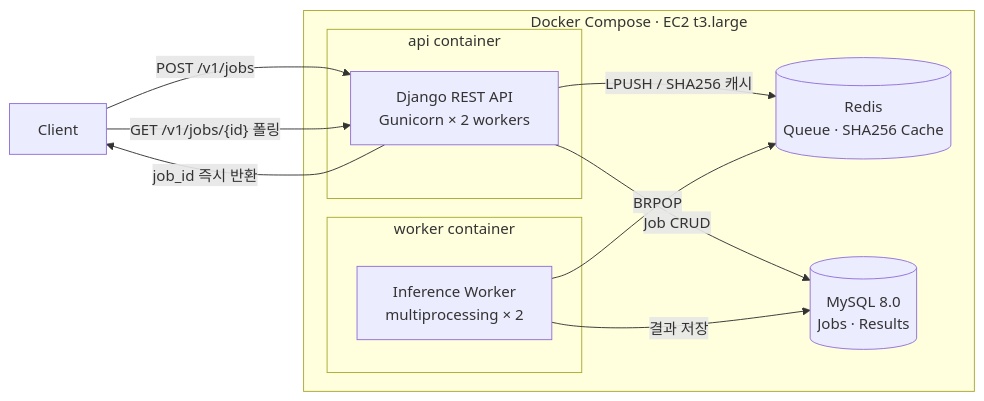
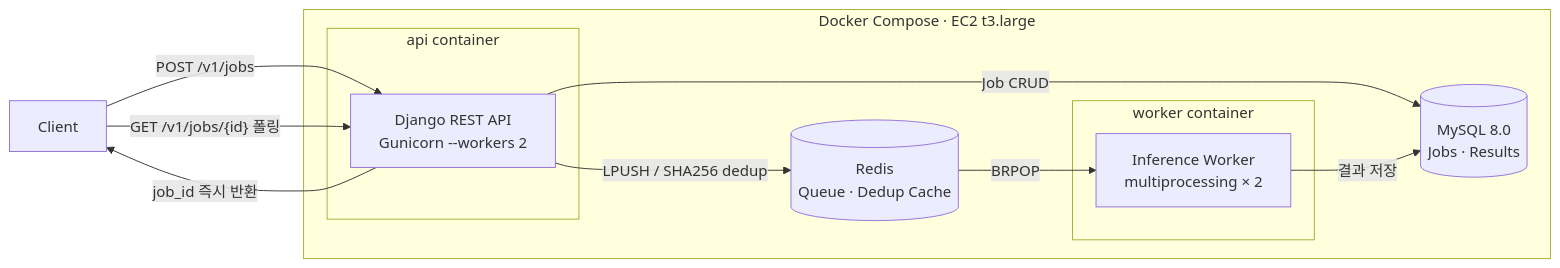
The first of 2 diagrams in README.md (xxjiinn/medical-inference-platform), drawn with Mermaid before and after one commit. The commit also changed other lines of this file, not shown here.

Commit message:
:bulb: Update Architecture

````diff
--- a/README.md
+++ b/README.md
@@ -22,25 +23,25 @@
 ```mermaid
 graph LR
     C[Client]
 
     subgraph docker["Docker Compose  ·  EC2 t3.large"]
         subgraph api_box["api container"]
-            API["Django REST API\nGunicorn × 2 workers"]
+            API["Django REST API<br/>Gunicorn --workers 2"]
         end
 
         subgraph worker_box["worker container"]
-            W["Inference Worker\nmultiprocessing × 2"]
+            W["Inference Worker<br/>multiprocessing × 2"]
         end
 
-        R[("Redis\nQueue  ·  SHA256 Cache")]
-        DB[("MySQL 8.0\nJobs  ·  Results")]
+        R[("Redis<br/>Queue · Dedup Cache")]
+        DB[("MySQL 8.0<br/>Jobs · Results")]
     end
 
     C -- "POST /v1/jobs" --> API
     API -- "job_id 즉시 반환" --> C
-    API -- "LPUSH / SHA256 캐시" --> R
-    W -- "BRPOP" --> R
+    API -- "LPUSH / SHA256 dedup" --> R
+    R -- "BRPOP" --> W
     API -- "Job CRUD" --> DB
     W -- "결과 저장" --> DB
     C -- "GET /v1/jobs/{id} 폴링" --> API
 ```
````
